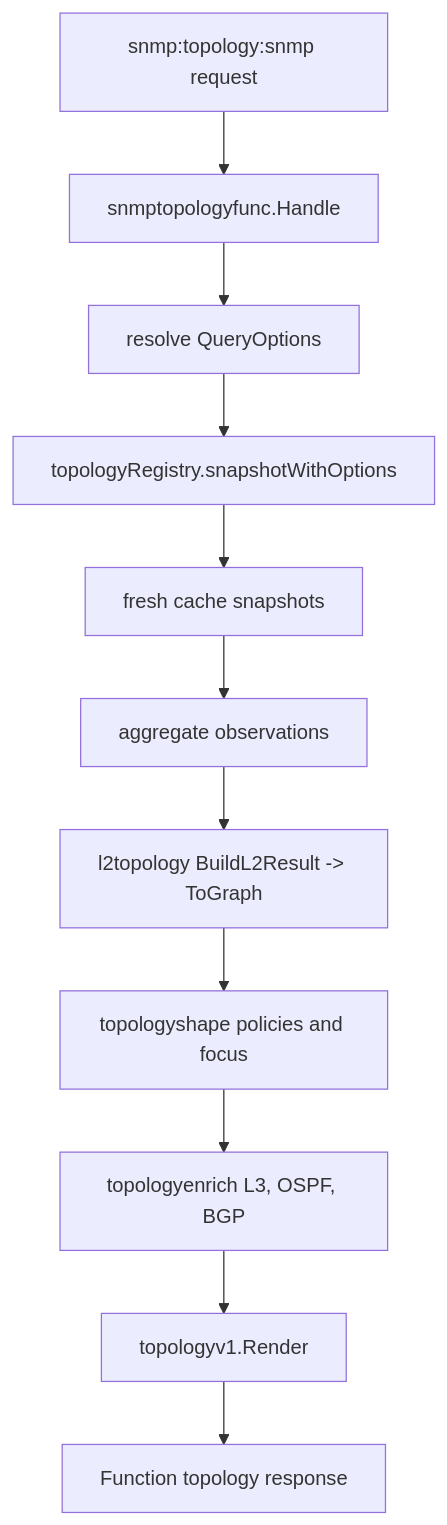
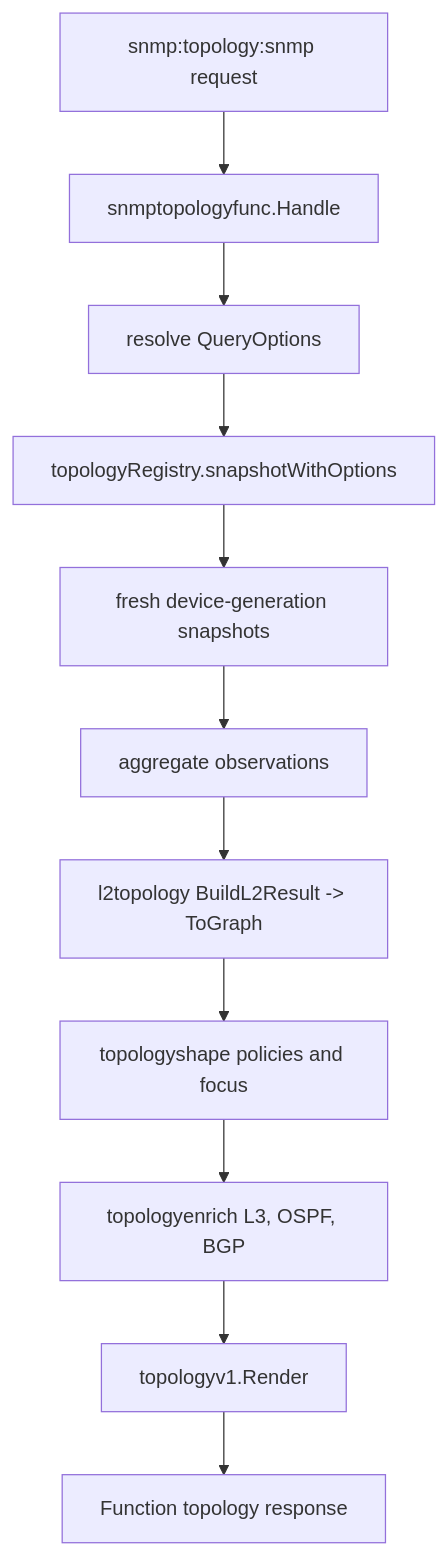
Before and after one commit to netdata/netdata: the third of 3 diagrams in src/go/plugin/go.d/collector/snmp_topology/ARCHITECTURE.md, drawn with Mermaid. The commit also changed other lines of this file and 54 other files, not shown here.

````diff
--- a/src/go/plugin/go.d/collector/snmp_topology/ARCHITECTURE.md
+++ b/src/go/plugin/go.d/collector/snmp_topology/ARCHITECTURE.md
@@ -410,17 +444,17 @@
 ```mermaid
 flowchart TD
     Request["snmp:topology:snmp request"]
     Handler["snmptopologyfunc.Handle"]
     Options["resolve QueryOptions"]
     Registry["topologyRegistry.snapshotWithOptions"]
-    Snapshot["fresh cache snapshots"]
+    Snapshot["fresh device-generation snapshots"]
     Aggregate["aggregate observations"]
     L2["l2topology BuildL2Result -> ToGraph"]
     Shape["topologyshape policies and focus"]
     Enrich["topologyenrich L3, OSPF, BGP"]
     Render["topologyv1.Render"]
     Response["Function topology response"]
 
     Request --> Handler --> Options --> Registry --> Snapshot --> Aggregate
     Aggregate --> L2 --> Shape --> Enrich --> Render --> Response
 ```
````
